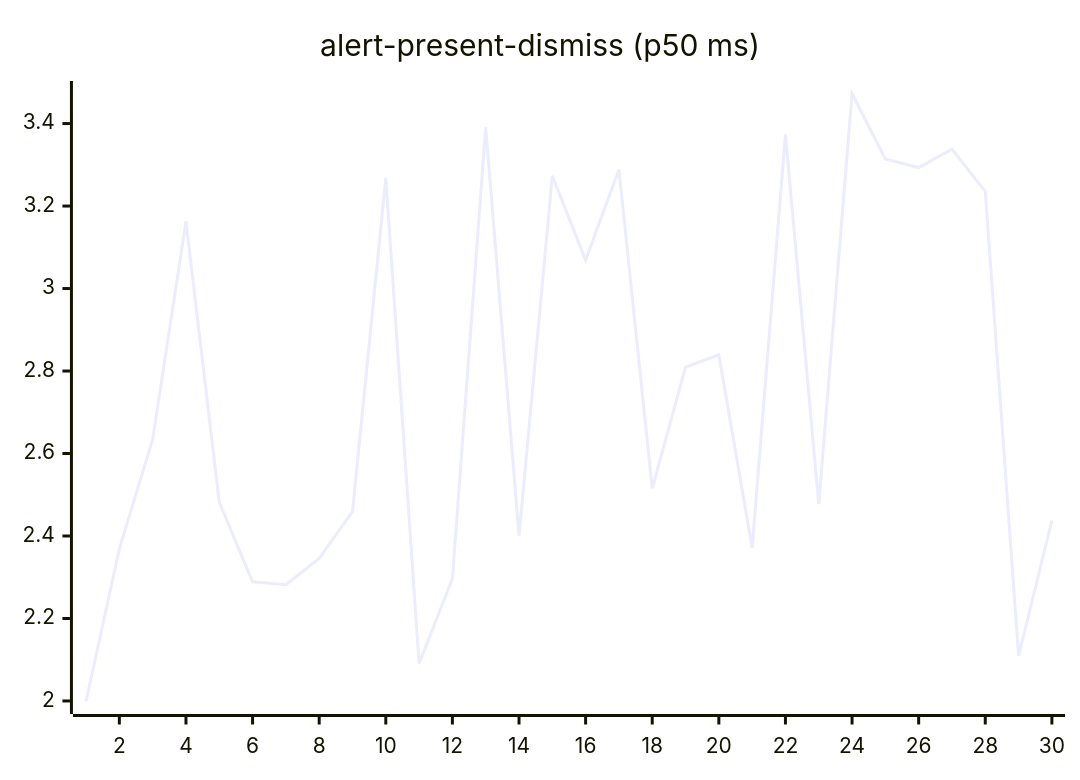
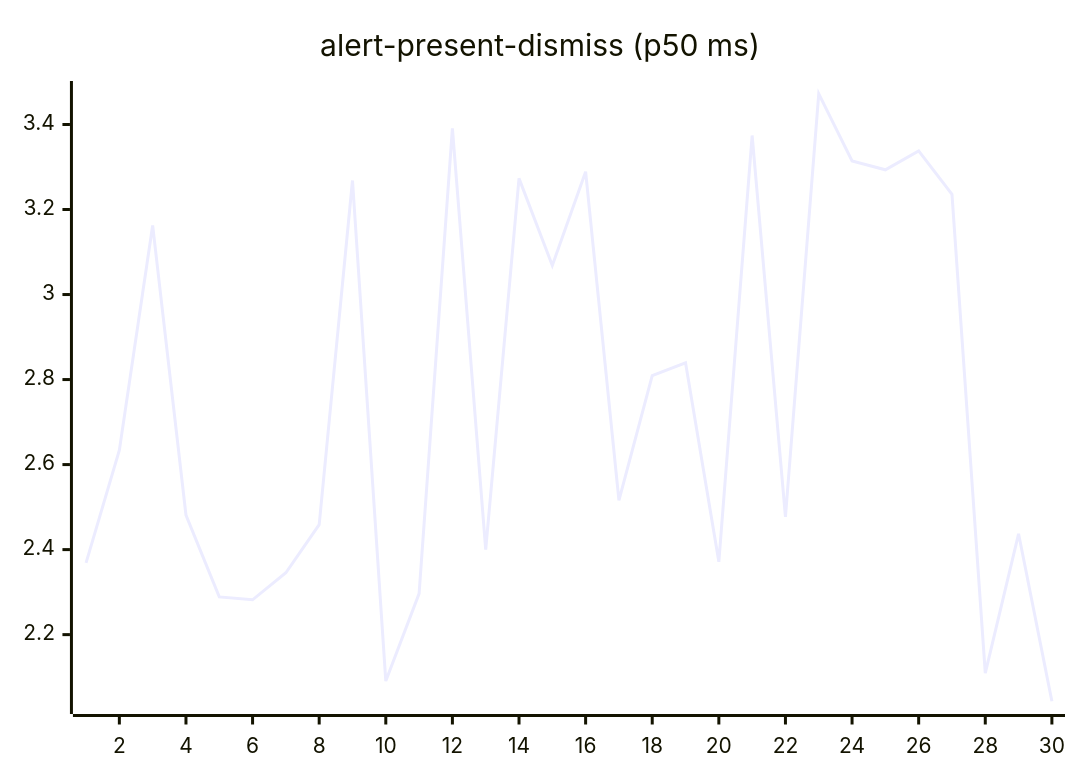
One commit to josha/Facet changed the second of 27 diagrams in README.md. Above: the diagram before and after it, drawn with Mermaid. The commit also changed other lines of this file and 2 other files, not shown here.

````diff
--- a/README.md
+++ b/README.md
@@ -70,6 +70,6 @@
 ```mermaid
 xychart-beta
     title "alert-present-dismiss (p50 ms)"
     x-axis 1 --> 30
-    line [1.9993, 2.3689, 2.6340, 3.1626, 2.4814, 2.2888, 2.2819, 2.3455, 2.4588, 3.2682, 2.0908, 2.2965, 3.3910, 2.4000, 3.2732, 3.0684, 3.2888, 2.5156, 2.8095, 2.8395, 2.3714, 3.3741, 2.4770, 3.4723, 3.3142, 3.2934, 3.3378, 3.2358, 2.1094, 2.4372]
+    line [2.3689, 2.6340, 3.1626, 2.4814, 2.2888, 2.2819, 2.3455, 2.4588, 3.2682, 2.0908, 2.2965, 3.3910, 2.4000, 3.2732, 3.0684, 3.2888, 2.5156, 2.8095, 2.8395, 2.3714, 3.3741, 2.4770, 3.4723, 3.3142, 3.2934, 3.3378, 3.2358, 2.1094, 2.4372, 2.0433]
 ```
````
